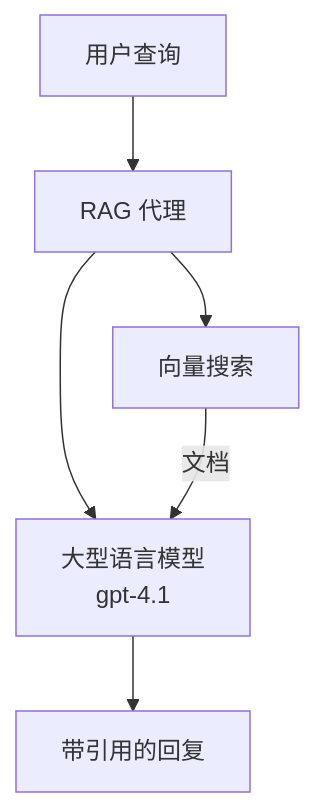
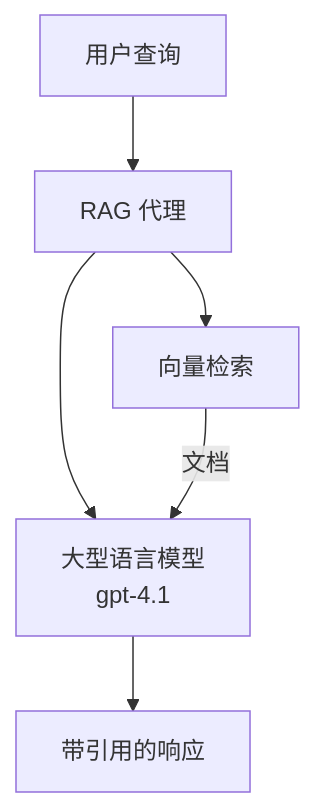
One commit to microsoft/AZD-for-beginners changed the second of 3 diagrams in translations/zh-CN/docs/chapter-02-ai-development/agents.md. Above: the diagram before and after it, drawn with Mermaid. The commit also changed other lines of this file and 104 other files, not shown here.

````diff
--- a/translations/zh-CN/docs/chapter-02-ai-development/agents.md
+++ b/translations/zh-CN/docs/chapter-02-ai-development/agents.md
@@ -175,8 +181,8 @@
 ```mermaid
 graph TD
     Query[用户查询] --> RAG[RAG 代理]
-    RAG --> Vector[向量搜索]
+    RAG --> Vector[向量检索]
     RAG --> LLM[大型语言模型<br/>gpt-4.1]
     Vector -- 文档 --> LLM
-    LLM --> Response[带引用的回复]
+    LLM --> Response[带引用的响应]
 ```
````
